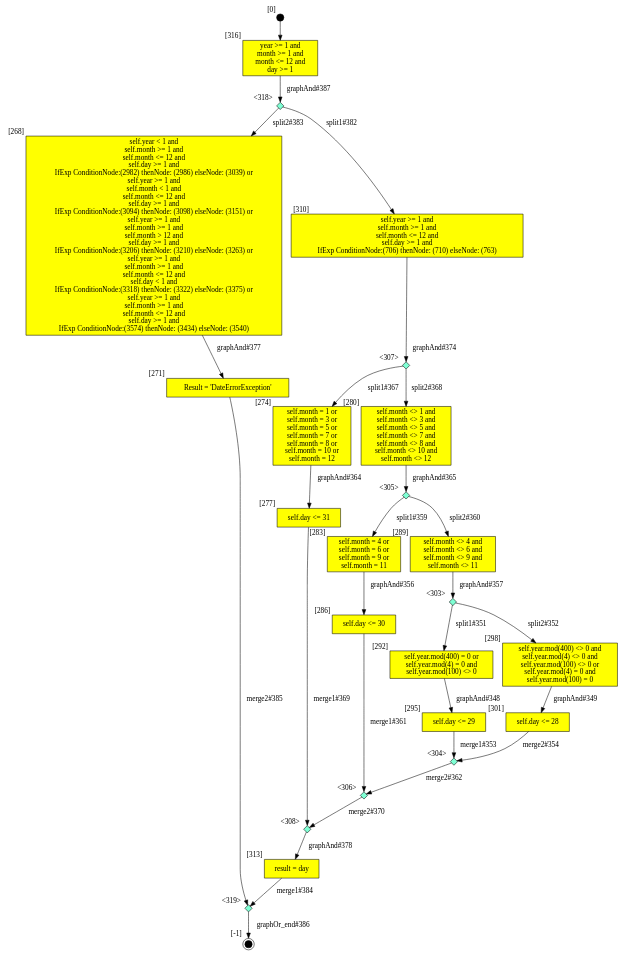
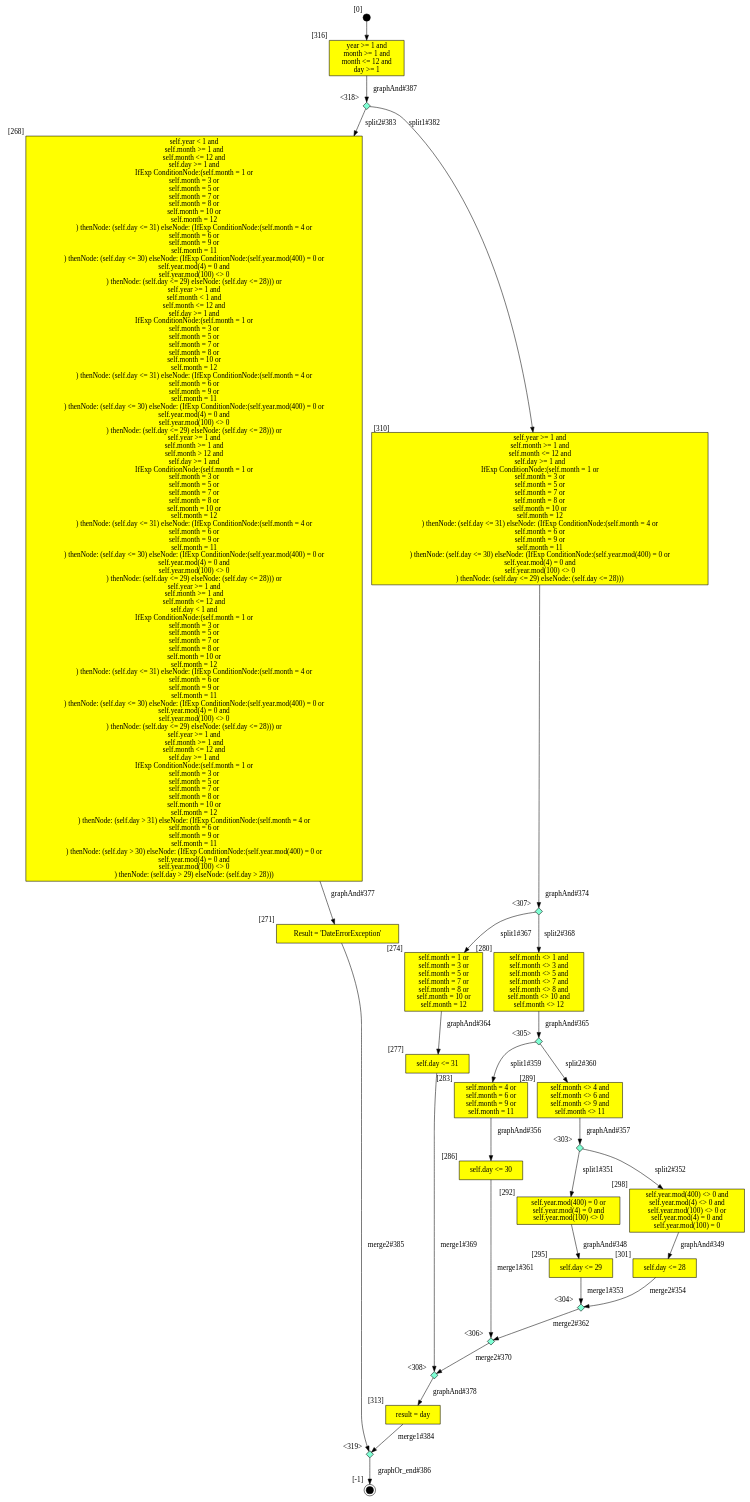
Before and after one commit to SamHseih/ocl-testcase-generator: the diagram in output/CLG/Date/tcgen_Date_getDay_DC.dot, drawn with Graphviz. The commit also changed 1691 other files, not shown here.

```diff
--- a/output/CLG/Date/tcgen_Date_getDay_DC.dot
+++ b/output/CLG/Date/tcgen_Date_getDay_DC.dot
@@ -3,27 +3,97 @@
 self.month >= 1 and
 self.month <= 12 and
 self.day >= 1 and
-IfExp ConditionNode:(2982) thenNode: (2986) elseNode: (3039) or
+IfExp ConditionNode:(self.month = 1 or
+self.month = 3 or
+self.month = 5 or
+self.month = 7 or
+self.month = 8 or
+self.month = 10 or
+self.month = 12
+) thenNode: (self.day <= 31) elseNode: (IfExp ConditionNode:(self.month = 4 or
+self.month = 6 or
+self.month = 9 or
+self.month = 11
+) thenNode: (self.day <= 30) elseNode: (IfExp ConditionNode:(self.year.mod(400) = 0 or
+self.year.mod(4) = 0 and
+self.year.mod(100) <> 0
+) thenNode: (self.day <= 29) elseNode: (self.day <= 28))) or
 self.year >= 1 and
 self.month < 1 and
 self.month <= 12 and
 self.day >= 1 and
-IfExp ConditionNode:(3094) thenNode: (3098) elseNode: (3151) or
+IfExp ConditionNode:(self.month = 1 or
+self.month = 3 or
+self.month = 5 or
+self.month = 7 or
+self.month = 8 or
+self.month = 10 or
+self.month = 12
+) thenNode: (self.day <= 31) elseNode: (IfExp ConditionNode:(self.month = 4 or
+self.month = 6 or
+self.month = 9 or
+self.month = 11
+) thenNode: (self.day <= 30) elseNode: (IfExp ConditionNode:(self.year.mod(400) = 0 or
+self.year.mod(4) = 0 and
+self.year.mod(100) <> 0
+) thenNode: (self.day <= 29) elseNode: (self.day <= 28))) or
 self.year >= 1 and
 self.month >= 1 and
 self.month > 12 and
 self.day >= 1 and
-IfExp ConditionNode:(3206) thenNode: (3210) elseNode: (3263) or
+IfExp ConditionNode:(self.month = 1 or
+self.month = 3 or
+self.month = 5 or
+self.month = 7 or
+self.month = 8 or
+self.month = 10 or
+self.month = 12
+) thenNode: (self.day <= 31) elseNode: (IfExp ConditionNode:(self.month = 4 or
+self.month = 6 or
+self.month = 9 or
+self.month = 11
+) thenNode: (self.day <= 30) elseNode: (IfExp ConditionNode:(self.year.mod(400) = 0 or
+self.year.mod(4) = 0 and
+self.year.mod(100) <> 0
+) thenNode: (self.day <= 29) elseNode: (self.day <= 28))) or
 self.year >= 1 and
 self.month >= 1 and
 self.month <= 12 and
 self.day < 1 and
-IfExp ConditionNode:(3318) thenNode: (3322) elseNode: (3375) or
+IfExp ConditionNode:(self.month = 1 or
+self.month = 3 or
+self.month = 5 or
+self.month = 7 or
+self.month = 8 or
+self.month = 10 or
+self.month = 12
+) thenNode: (self.day <= 31) elseNode: (IfExp ConditionNode:(self.month = 4 or
+self.month = 6 or
+self.month = 9 or
+self.month = 11
+) thenNode: (self.day <= 30) elseNode: (IfExp ConditionNode:(self.year.mod(400) = 0 or
+self.year.mod(4) = 0 and
+self.year.mod(100) <> 0
+) thenNode: (self.day <= 29) elseNode: (self.day <= 28))) or
 self.year >= 1 and
 self.month >= 1 and
 self.month <= 12 and
 self.day >= 1 and
-IfExp ConditionNode:(3574) thenNode: (3434) elseNode: (3540)
+IfExp ConditionNode:(self.month = 1 or
+self.month = 3 or
+self.month = 5 or
+self.month = 7 or
+self.month = 8 or
+self.month = 10 or
+self.month = 12
+) thenNode: (self.day > 31) elseNode: (IfExp ConditionNode:(self.month = 4 or
+self.month = 6 or
+self.month = 9 or
+self.month = 11
+) thenNode: (self.day > 30) elseNode: (IfExp ConditionNode:(self.year.mod(400) = 0 or
+self.year.mod(4) = 0 and
+self.year.mod(100) <> 0
+) thenNode: (self.day > 29) elseNode: (self.day > 28)))
 ", style=filled, fillcolor=yellow, xlabel="[268]"];
   271 [shape="box", label="Result = 'DateErrorException'", style=filled, fillcolor=yellow, xlabel="[271]"];
   272 [style=filled, fillcolor=black, shape="doublecircle", label="", fixedsize=true, width=.2, height=.2, xlabel="[-1]"];
@@ -77,7 +147,21 @@
 self.month >= 1 and
 self.month <= 12 and
 self.day >= 1 and
-IfExp ConditionNode:(706) thenNode: (710) elseNode: (763)
+IfExp ConditionNode:(self.month = 1 or
+self.month = 3 or
+self.month = 5 or
+self.month = 7 or
+self.month = 8 or
+self.month = 10 or
+self.month = 12
+) thenNode: (self.day <= 31) elseNode: (IfExp ConditionNode:(self.month = 4 or
+self.month = 6 or
+self.month = 9 or
+self.month = 11
+) thenNode: (self.day <= 30) elseNode: (IfExp ConditionNode:(self.year.mod(400) = 0 or
+self.year.mod(4) = 0 and
+self.year.mod(100) <> 0
+) thenNode: (self.day <= 29) elseNode: (self.day <= 28)))
 ", style=filled, fillcolor=yellow, xlabel="[310]"];
   313 [shape="box", label="result = day", style=filled, fillcolor=yellow, xlabel="[313]"];
   315 [style=filled, fillcolor=black, shape="circle", label="", fixedsize=true, width=.2, height=.2, xlabel="[0]"];
```
